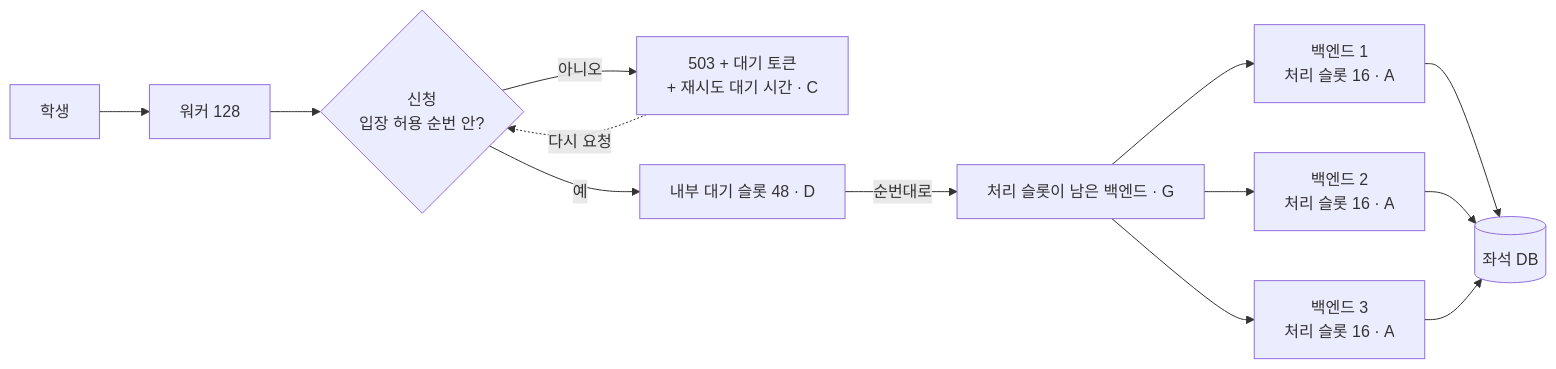
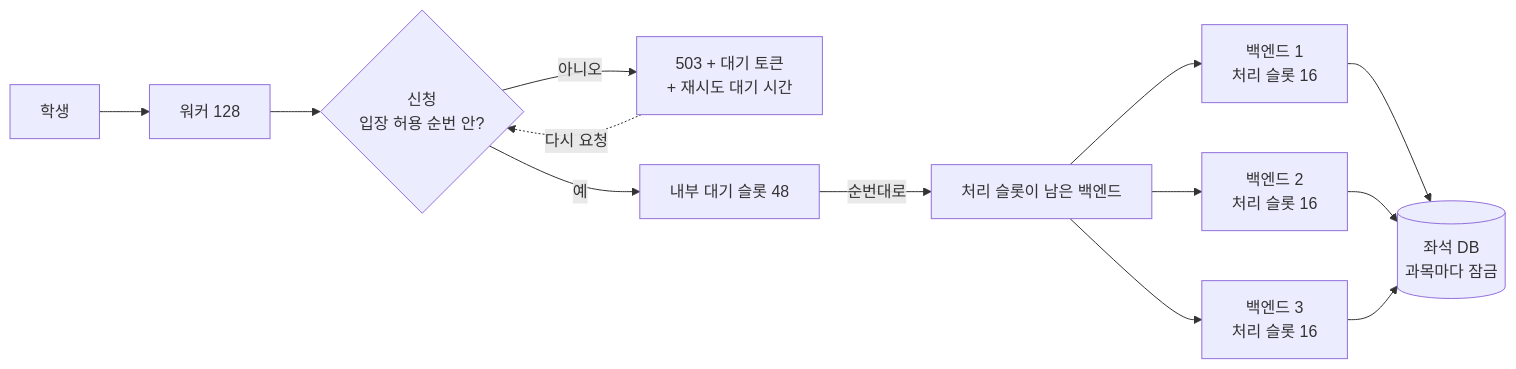
Before and after one commit to pinn99k/jungle_web_server: the first of 2 diagrams in README.md, drawn with Mermaid. The commit also changed other lines of this file, not shown here.

````diff
--- a/README.md
+++ b/README.md
@@ -75,11 +50,11 @@
 ```mermaid
 flowchart LR
   S[학생] --> W[워커 128]
   W --> G{신청<br/>입장 허용 순번 안?}
-  G -- 아니오 --> T[503 + 대기 토큰<br/>+ 재시도 대기 시간 · C]
+  G -- 아니오 --> T[503 + 대기 토큰<br/>+ 재시도 대기 시간]
   T -. 다시 요청 .-> G
-  G -- 예 --> C[내부 대기 슬롯 48 · D]
-  C -- 순번대로 --> B[처리 슬롯이 남은 백엔드 · G]
-  B --> B1[백엔드 1<br/>처리 슬롯 16 · A] & B2[백엔드 2<br/>처리 슬롯 16 · A] & B3[백엔드 3<br/>처리 슬롯 16 · A]
-  B1 & B2 & B3 --> L[(좌석 DB)]
+  G -- 예 --> C[내부 대기 슬롯 48]
+  C -- 순번대로 --> B[처리 슬롯이 남은 백엔드]
+  B --> B1[백엔드 1<br/>처리 슬롯 16] & B2[백엔드 2<br/>처리 슬롯 16] & B3[백엔드 3<br/>처리 슬롯 16]
+  B1 & B2 & B3 --> L[(좌석 DB<br/>과목마다 잠금)]
 ```
````
